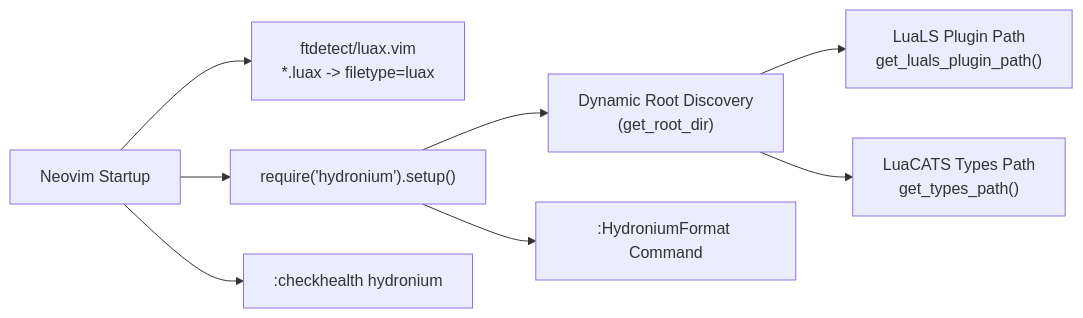
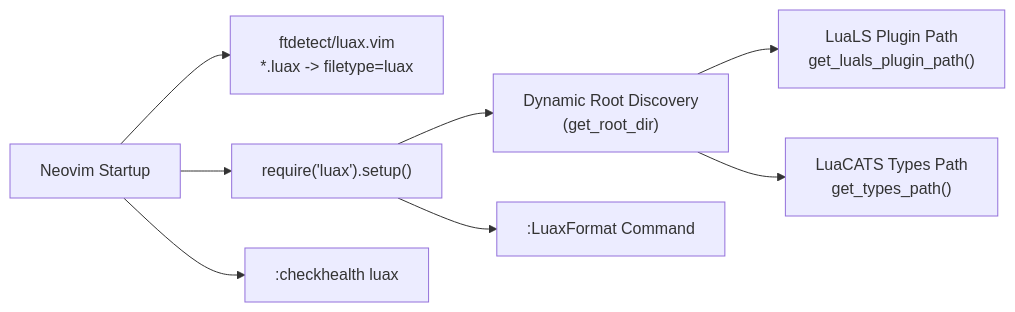
One commit to moonstone-sh/hydronium changed the diagram in docs/LUAX_NVIM.md. Above: the diagram before and after it, drawn with Mermaid. The commit also changed other lines of this file and 173 other files, not shown here.

Commit message:
feat: split hydronium core dom and luax packages

````diff
--- a/docs/LUAX_NVIM.md
+++ b/docs/LUAX_NVIM.md
@@ -9,10 +9,10 @@
 ```mermaid
 flowchart LR
     NVIM["Neovim Startup"] --> FT["ftdetect/luax.vim\n*.luax -> filetype=luax"]
-    NVIM --> SETUP["require('hydronium').setup()"]
+    NVIM --> SETUP["require('luax').setup()"]
     SETUP --> DYN["Dynamic Root Discovery\n(get_root_dir)"]
     DYN --> LUALS_CFG["LuaLS Plugin Path\nget_luals_plugin_path()"]
     DYN --> TYPES_CFG["LuaCATS Types Path\nget_types_path()"]
-    SETUP --> CMD[":HydroniumFormat Command"]
-    NVIM --> HEALTH[":checkhealth hydronium"]
+    SETUP --> CMD[":LuaxFormat Command"]
+    NVIM --> HEALTH[":checkhealth luax"]
 ```
````
